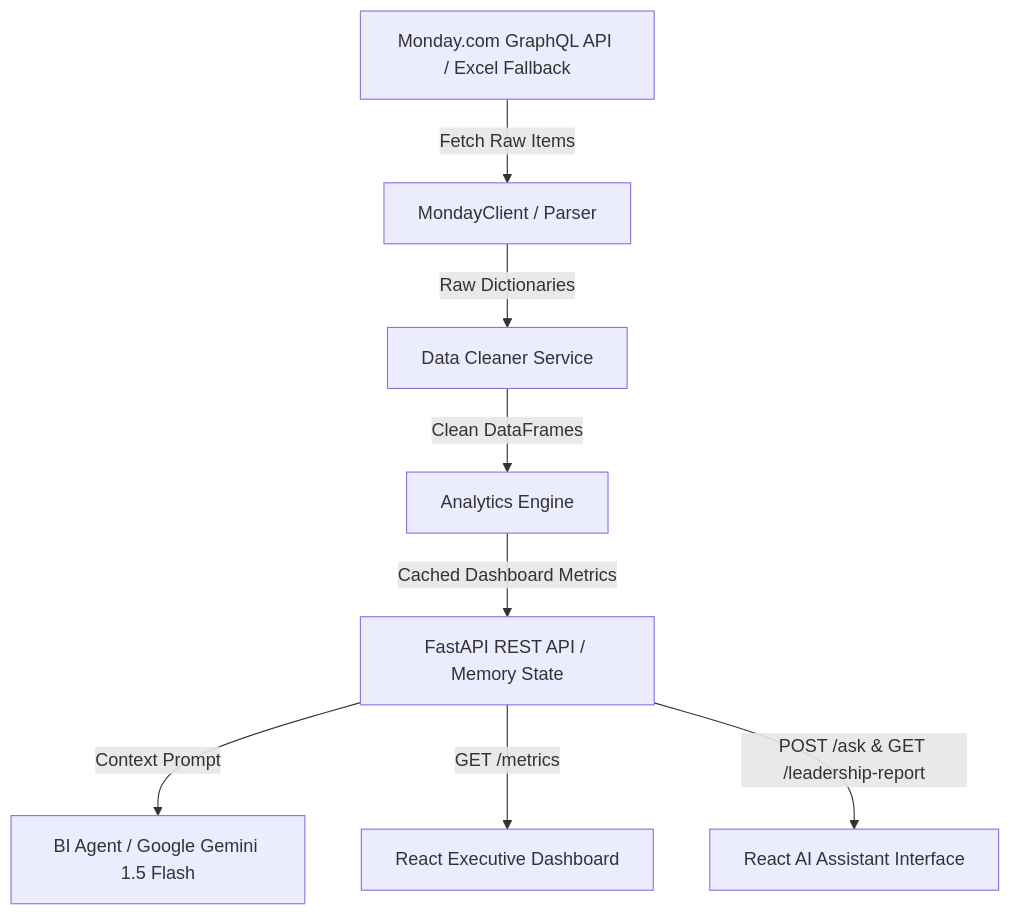
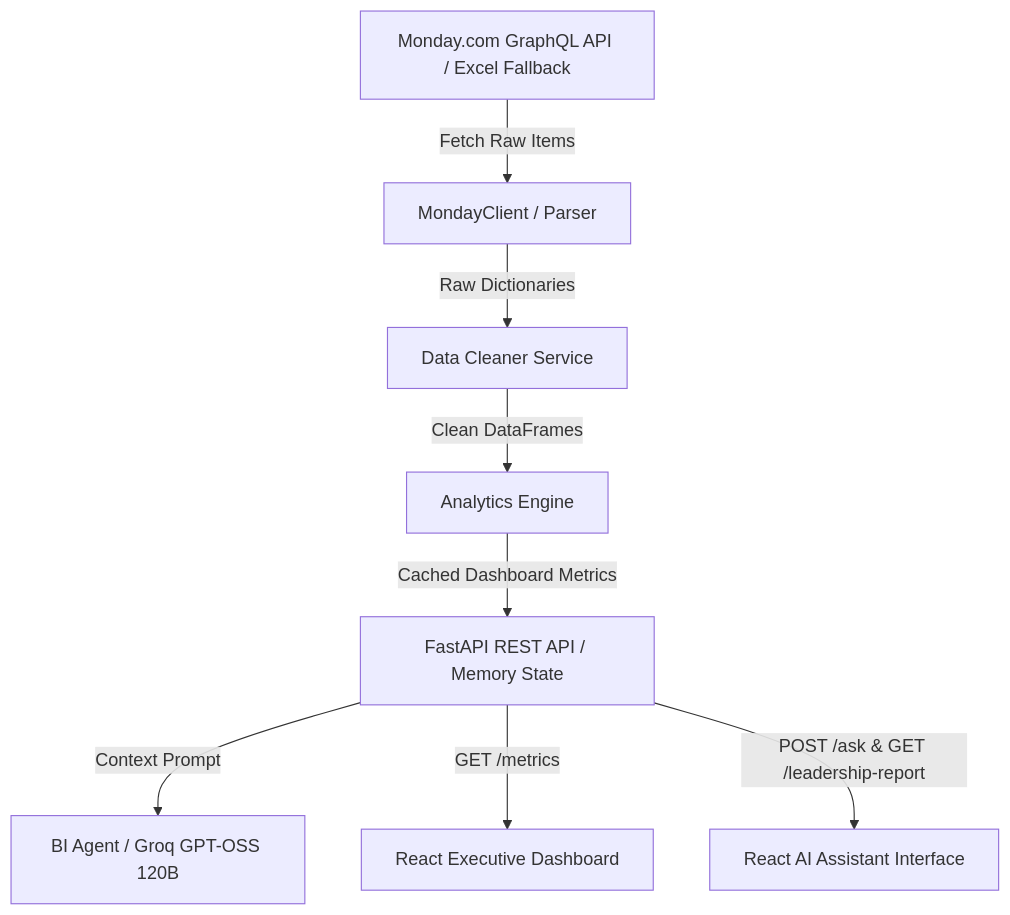
Before and after one commit to AVINASHGK16/Skylarp-drones-Software-Building-: the diagram in README.md, drawn with Mermaid. The commit also changed other lines of this file and 10 other files, not shown here.

Commit message:
Migrate BI agent from Gemini to Groq

````diff
--- a/README.md
+++ b/README.md
@@ -19,10 +19,10 @@
 ```mermaid
 graph TD
     A[Monday.com GraphQL API / Excel Fallback] -->|Fetch Raw Items| B[MondayClient / Parser]
     B -->|Raw Dictionaries| C[Data Cleaner Service]
     C -->|Clean DataFrames| D[Analytics Engine]
     D -->|Cached Dashboard Metrics| E[FastAPI REST API / Memory State]
-    E -->|Context Prompt| F[BI Agent / Google Gemini 1.5 Flash]
+    E -->|Context Prompt| F[BI Agent / Groq GPT-OSS 120B]
     E -->|GET /metrics| G[React Executive Dashboard]
     E -->|POST /ask & GET /leadership-report| H[React AI Assistant Interface]
 ```
````
